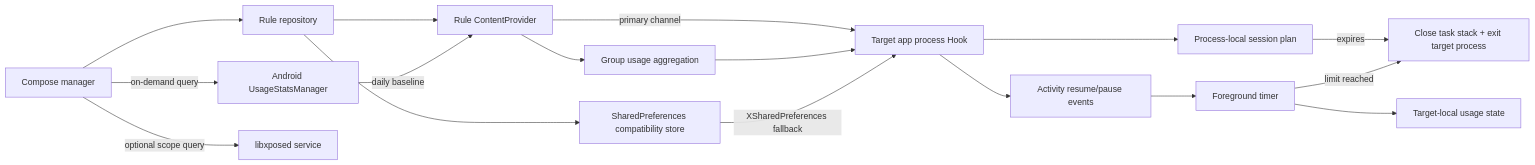
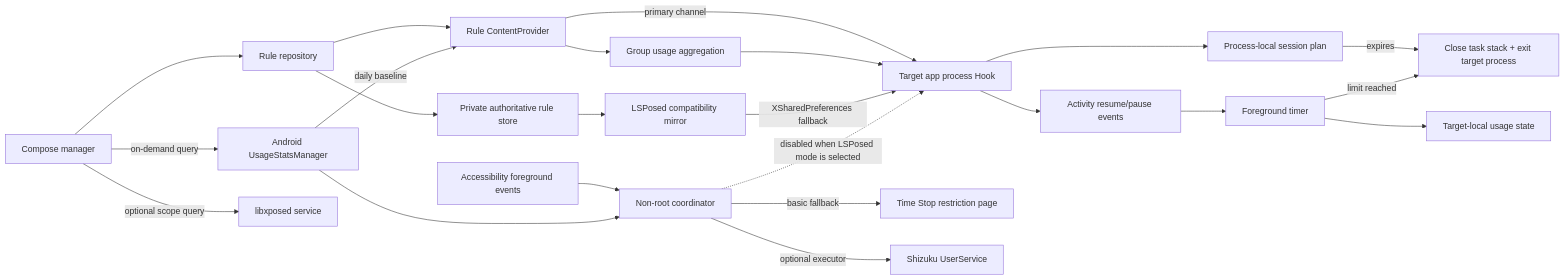
Before and after one commit to Xposed-Modules-Repo/com.liuml.apptimelimiter: the diagram in README.en.md, drawn with Mermaid. The commit also changed other lines of this file and 116 other files, not shown here.

Commit message:
feat: add non-root protection mode

````diff
--- a/README.en.md
+++ b/README.en.md
@@ -50,19 +56,25 @@
 ```mermaid
 flowchart LR
     UI["Compose manager"] --> Repo["Rule repository"]
     Repo --> Provider["Rule ContentProvider"]
-    Repo --> Prefs["SharedPreferences compatibility store"]
+    Repo --> Primary["Private authoritative rule store"]
+    Primary --> Prefs["LSPosed compatibility mirror"]
     Provider -->|"primary channel"| Hook["Target app process Hook"]
     Provider --> Groups["Group usage aggregation"]
     Groups --> Hook
     Prefs -->|"XSharedPreferences fallback"| Hook
     Hook --> Lifecycle["Activity resume/pause events"]
     Lifecycle --> Timer["Foreground timer"]
     Hook --> SessionPlan["Process-local session plan"]
     SessionPlan -->|"expires"| Exit
     Timer -->|"limit reached"| Exit["Close task stack + exit target process"]
     Timer --> State["Target-local usage state"]
     UI -->|"on-demand query"| UsageStats["Android UsageStatsManager"]
     UsageStats -->|"daily baseline"| Provider
     UI -->|"optional scope query"| XposedService["libxposed service"]
+    Accessibility["Accessibility foreground events"] --> Coordinator["Non-root coordinator"]
+    UsageStats --> Coordinator
+    Coordinator -.->|"disabled when LSPosed mode is selected"| Hook
+    Coordinator -->|"basic fallback"| BreakPage["Time Stop restriction page"]
+    Coordinator -->|"optional executor"| Shizuku["Shizuku UserService"]
 ```
````
